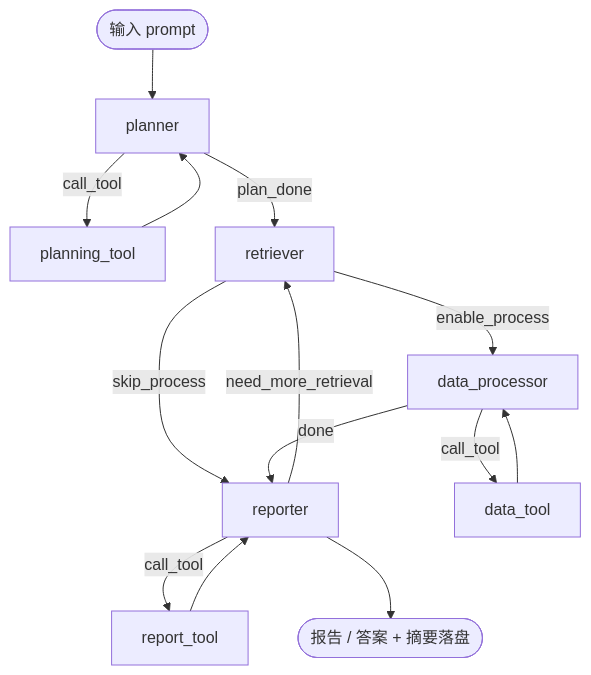
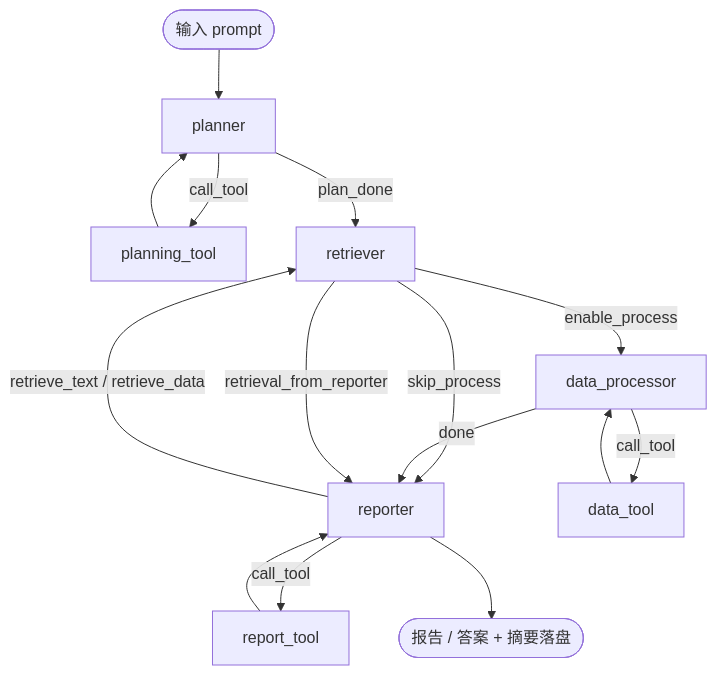
One commit to pluto328/FinReportDataAgent changed the second of 3 diagrams in README.md. Above: the diagram before and after it, drawn with Mermaid. The commit also changed other lines of this file and 22 other files, not shown here.

````diff
--- a/README.md
+++ b/README.md
@@ -641,23 +668,24 @@
 ```mermaid
 flowchart TD
     START([输入 prompt]) --> planner
 
     planner -->|call_tool| planning_tool
     planning_tool --> planner
 
     planner -->|plan_done| retriever
 
     retriever -->|enable_process| data_processor
     retriever -->|skip_process| reporter
 
     data_processor -->|call_tool| data_tool
     data_tool --> data_processor
 
     data_processor -->|done| reporter
 
     reporter -->|call_tool| report_tool
     report_tool --> reporter
 
-    reporter -->|need_more_retrieval| retriever
+    reporter -->|retrieve_text / retrieve_data| retriever
+    retriever -->|retrieval_from_reporter| reporter
     reporter --> END([报告 / 答案 + 摘要落盘])
 ```
````
